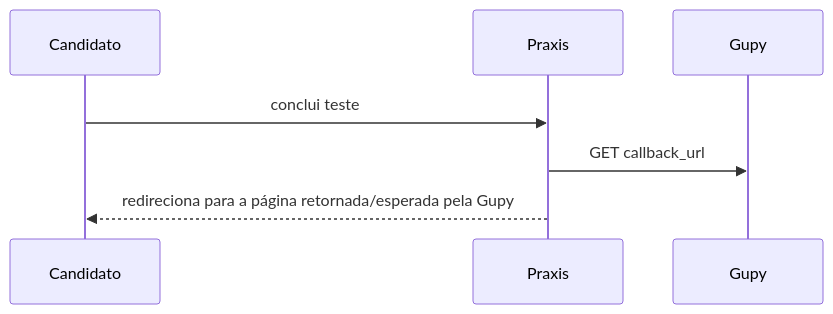
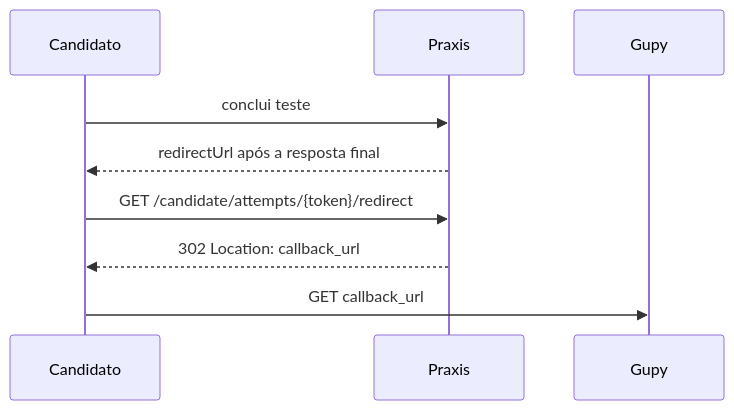
Before and after one commit to diogo2806/praxis: the second of 2 diagrams in docs/INTEGRACAO-GUPY-PROVEDOR.md, drawn with Mermaid. The commit also changed other lines of this file and 15 other files, not shown here.

Commit message:
feat: implementar callback e retorno final da Gupy

````diff
--- a/docs/INTEGRACAO-GUPY-PROVEDOR.md
+++ b/docs/INTEGRACAO-GUPY-PROVEDOR.md
@@ -242,10 +242,12 @@
 ```mermaid
 sequenceDiagram
   participant Candidato
   participant Praxis
   participant Gupy
 
   Candidato->>Praxis: conclui teste
-  Praxis->>Gupy: GET callback_url
-  Praxis-->>Candidato: redireciona para a página retornada/esperada pela Gupy
+  Praxis-->>Candidato: redirectUrl após a resposta final
+  Candidato->>Praxis: GET /candidate/attempts/{token}/redirect
+  Praxis-->>Candidato: 302 Location: callback_url
+  Candidato->>Gupy: GET callback_url
 ```
````
